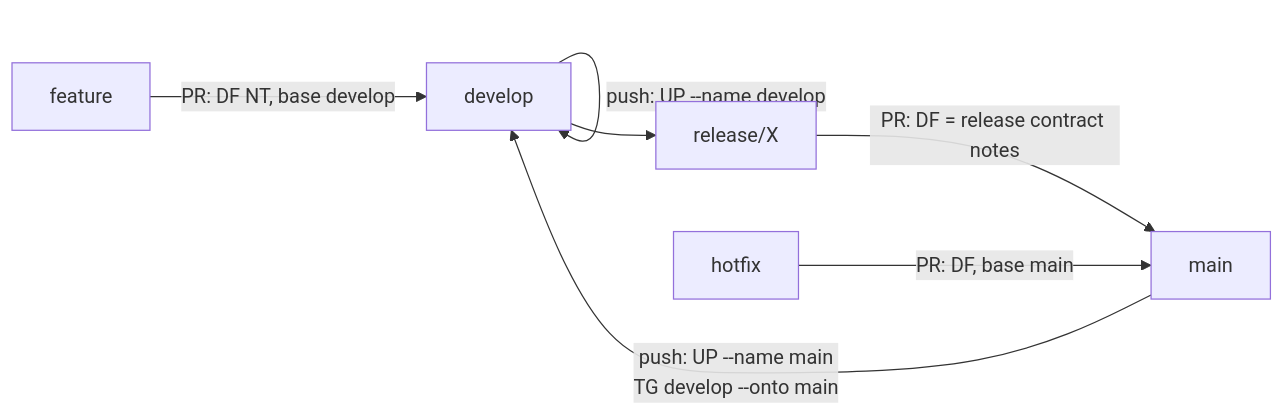
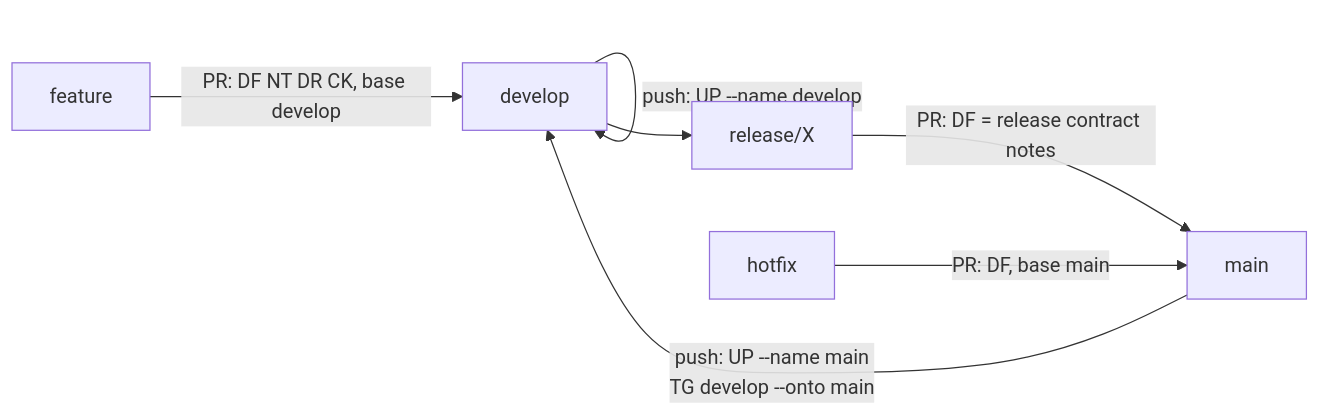
The third of 6 diagrams in docs/guide/adopting-rco.md (si4ai/repo-context-optimizer), drawn with Mermaid before and after one commit. The commit also changed other lines of this file, not shown here.

````diff
--- a/docs/guide/adopting-rco.md
+++ b/docs/guide/adopting-rco.md
@@ -195,8 +197,8 @@
 ```mermaid
 flowchart LR
-  f["feature"] -->|"PR: DF NT, base develop"| d["develop"]
+  f["feature"] -->|"PR: DF NT DR CK, base develop"| d["develop"]
   d -->|"push: UP --name develop"| d
   d --> r["release/X"] -->|"PR: DF = release contract notes"| m["main"]
   h["hotfix"] -->|"PR: DF, base main"| m
   m -->|"push: UP --name main<br/>TG develop --onto main"| d
 ```
````
